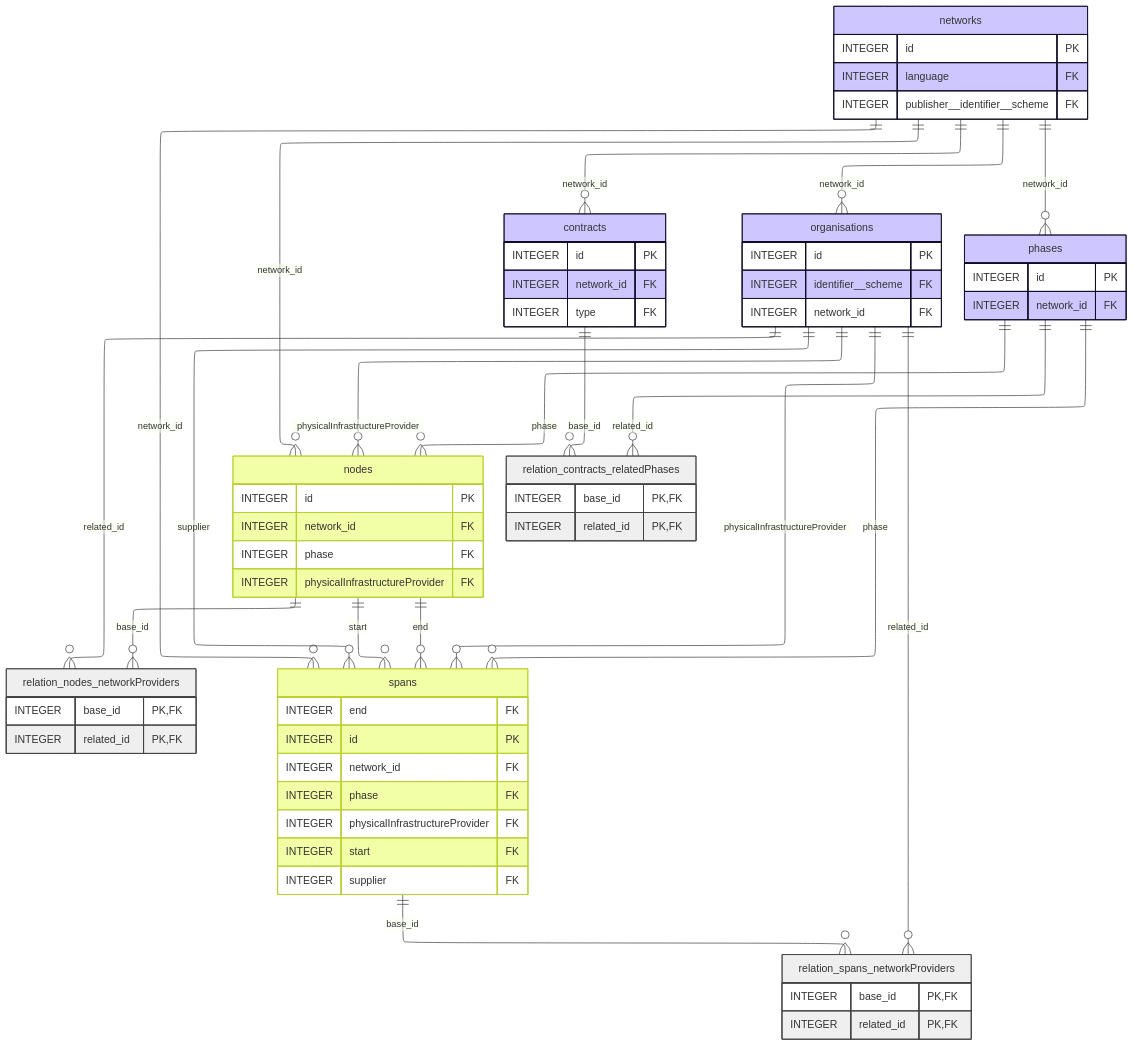
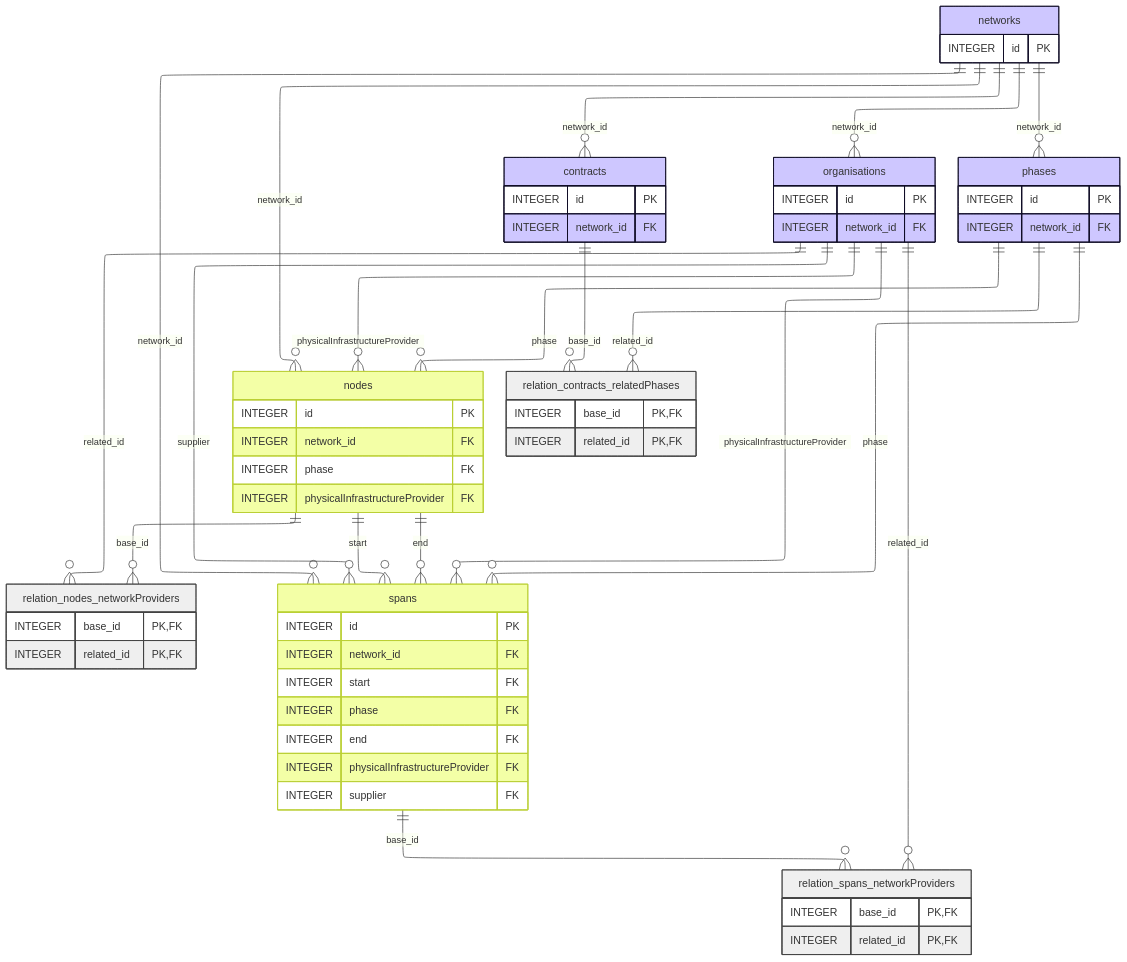
The diagram in docs/reference/publication_formats/geopackage.mmd (Open-Telecoms-Data/open-fibre-data-standard), drawn with Mermaid before and after one commit.

Commit message:
docs/reference/publication_formats/geopackage.mmd: Order and remove attributes

```diff
--- a/docs/reference/publication_formats/geopackage.mmd
+++ b/docs/reference/publication_formats/geopackage.mmd
@@ -1,87 +1,83 @@
 ---
 config:
   layout: elk
 ---
 erDiagram
     contracts {
         INTEGER id PK 
         INTEGER network_id FK 
-        INTEGER type FK 
     }
 
     networks {
         INTEGER id PK 
-        INTEGER language FK 
-        INTEGER publisher__identifier__scheme FK 
     }
 
     nodes {
         INTEGER id PK 
         INTEGER network_id FK 
         INTEGER phase FK 
         INTEGER physicalInfrastructureProvider FK 
     }
 
     organisations {
         INTEGER id PK 
-        INTEGER identifier__scheme FK 
         INTEGER network_id FK 
     }
 
     phases {
         INTEGER id PK 
         INTEGER network_id FK 
     }
 
     relation_contracts_relatedPhases {
         INTEGER base_id PK,FK 
         INTEGER related_id PK,FK 
     }
 
     relation_nodes_networkProviders {
         INTEGER base_id PK,FK 
         INTEGER related_id PK,FK 
     }
 
     relation_spans_networkProviders {
         INTEGER base_id PK,FK 
         INTEGER related_id PK,FK 
     }
 
     spans {
+        INTEGER id PK
+        INTEGER network_id FK
+        INTEGER start FK  
+        INTEGER phase FK 
         INTEGER end FK 
-        INTEGER id PK 
-        INTEGER network_id FK 
-        INTEGER phase FK 
         INTEGER physicalInfrastructureProvider FK 
-        INTEGER start FK 
         INTEGER supplier FK 
     }
 
     contracts }o--|| networks : "network_id"
     relation_contracts_relatedPhases }o--|| contracts : "base_id"
     nodes }o--|| networks : "network_id"
     organisations }o--|| networks : "network_id"
     phases }o--|| networks : "network_id"
     spans }o--|| networks : "network_id"
     nodes }o--|| organisations : "physicalInfrastructureProvider"
     nodes }o--|| phases : "phase"
     relation_nodes_networkProviders }o--|| nodes : "base_id"
     spans }o--|| nodes : "end"
     spans }o--|| nodes : "start"
     relation_nodes_networkProviders }o--|| organisations : "related_id"
     relation_spans_networkProviders }o--|| organisations : "related_id"
     spans }o--|| organisations : "physicalInfrastructureProvider"
     spans }o--|| organisations : "supplier"
     relation_contracts_relatedPhases }o--|| phases : "related_id"
     spans }o--|| phases : "phase"
     relation_spans_networkProviders }o--|| spans : "base_id"
 
     classDef feature fill:#f3ffa6ff,stroke:#bbd034
     classDef attribute fill:#cec7ffff,stroke:#110e27
     classDef mapping fill:#efefefff,stroke:#434343ff
 
     class nodes,spans feature
     class networks,organisations,phases,contracts attribute
     class relation_contracts_relatedPhases,relation_spans_networkProviders,relation_nodes_networkProviders mapping
     direction BT
```
